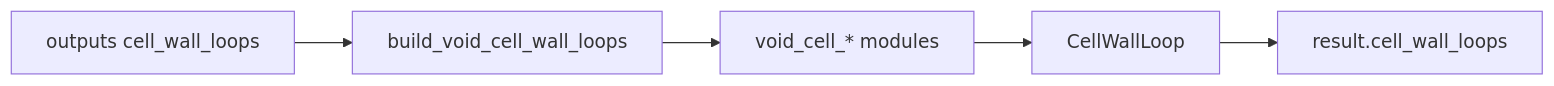
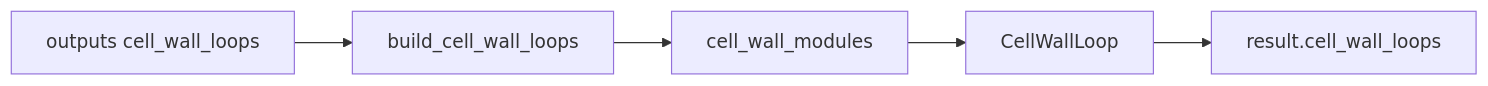
One commit to samhughes-fea/composite-laminate-fea changed the diagram in src/blade_geometry_model/section_geometry/cell_wall_loops/README.md. Above: the diagram before and after it, drawn with Mermaid. The commit also changed other lines of this file and 171 other files, not shown here.

````diff
--- a/src/blade_geometry_model/section_geometry/cell_wall_loops/README.md
+++ b/src/blade_geometry_model/section_geometry/cell_wall_loops/README.md
@@ -31,7 +28,7 @@
 ```mermaid
 flowchart LR
-  Gate["outputs cell_wall_loops"] --> Build[build_void_cell_wall_loops]
-  Build --> Impl["void_cell_* modules"]
+  Gate["outputs cell_wall_loops"] --> Build[build_cell_wall_loops]
+  Build --> Impl[cell_wall_modules]
   Impl --> DTO[CellWallLoop]
   DTO --> Field[result.cell_wall_loops]
 ```
````
